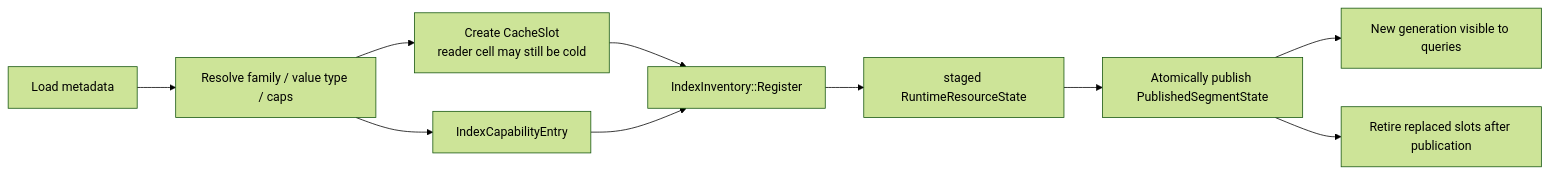
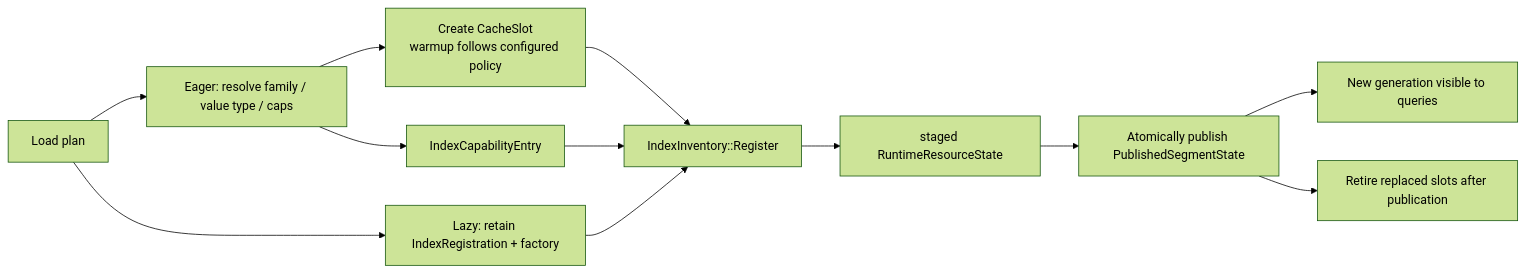
Before and after one commit to milvus-io/milvus: the first of 2 diagrams in internal/core/src/segcore/indexing/README.md, drawn with Mermaid (forest theme). The commit also changed other lines of this file and 28 other files, not shown here.

First line of the commit message:
enhance: lazily create sealed index translators and cache slots

````diff
--- a/internal/core/src/segcore/indexing/README.md
+++ b/internal/core/src/segcore/indexing/README.md
@@ -43,12 +71,14 @@
 ```mermaid
 flowchart LR
-    load["Load metadata"] --> resolve["Resolve family / value type / caps"]
-    resolve --> slot["Create CacheSlot<br/>reader cell may still be cold"]
-    resolve --> meta["IndexCapabilityEntry"]
+    load["Load plan"] --> eager["Eager: resolve family / value type / caps"]
+    eager --> slot["Create CacheSlot<br/>warmup follows configured policy"]
+    eager --> meta["IndexCapabilityEntry"]
     slot --> register["IndexInventory::Register"]
     meta --> register
+    load --> lazy["Lazy: retain IndexRegistration + factory"]
+    lazy --> register
     register --> staged["staged RuntimeResourceState"]
     staged --> publish["Atomically publish PublishedSegmentState"]
     publish --> visible["New generation visible to queries"]
     publish --> retire["Retire replaced slots after publication"]
 ```
````
